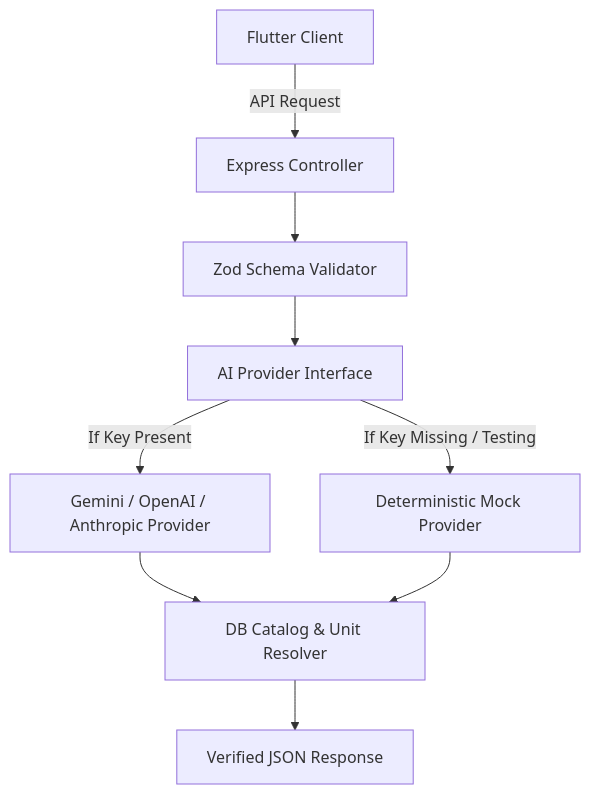
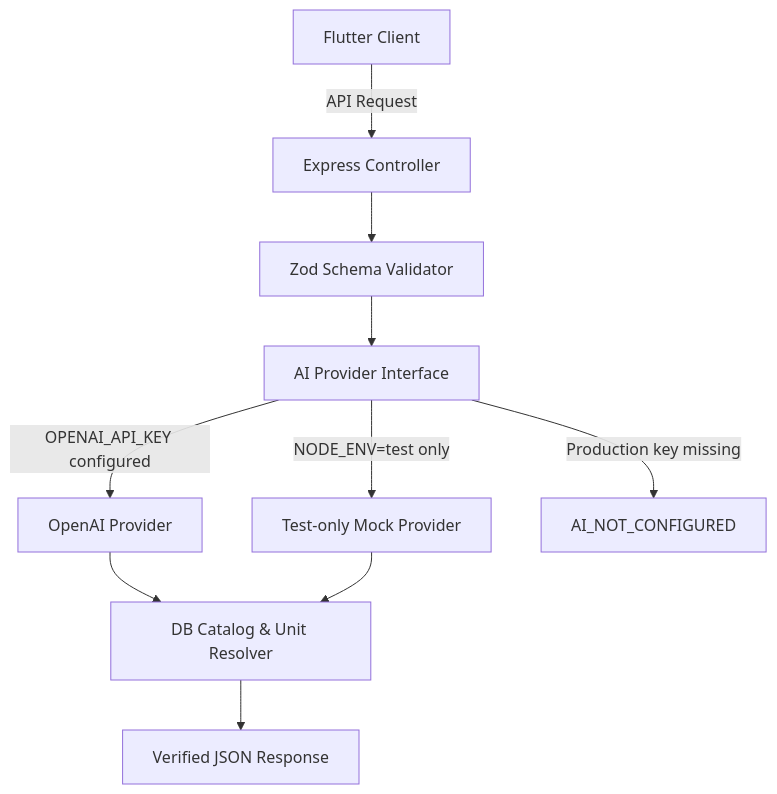
The diagram in docs/AI_FEATURES.md (kaysan2519/CalApp), drawn with Mermaid before and after one commit. The commit also changed other lines of this file and 77 other files, not shown here.

````diff
--- a/docs/AI_FEATURES.md
+++ b/docs/AI_FEATURES.md
@@ -71,11 +73,12 @@
 ```mermaid
 flowchart TD
     Client[Flutter Client] -->|API Request| BackendController[Express Controller]
     BackendController --> Validator[Zod Schema Validator]
     Validator --> AIInterface[AI Provider Interface]
-    AIInterface -->|If Key Present| LiveProvider[Gemini / OpenAI / Anthropic Provider]
-    AIInterface -->|If Key Missing / Testing| MockProvider[Deterministic Mock Provider]
+    AIInterface -->|OPENAI_API_KEY configured| LiveProvider[OpenAI Provider]
+    AIInterface -->|NODE_ENV=test only| MockProvider[Test-only Mock Provider]
+    AIInterface -->|Production key missing| Unavailable[AI_NOT_CONFIGURED]
     LiveProvider --> DBResolver[DB Catalog & Unit Resolver]
     MockProvider --> DBResolver
     DBResolver --> Response[Verified JSON Response]
 ```
````
